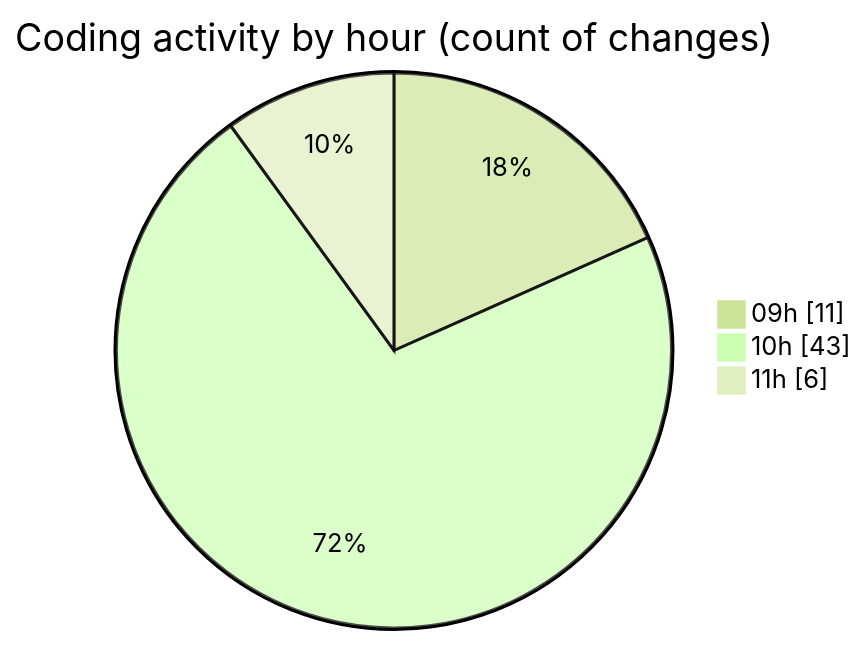
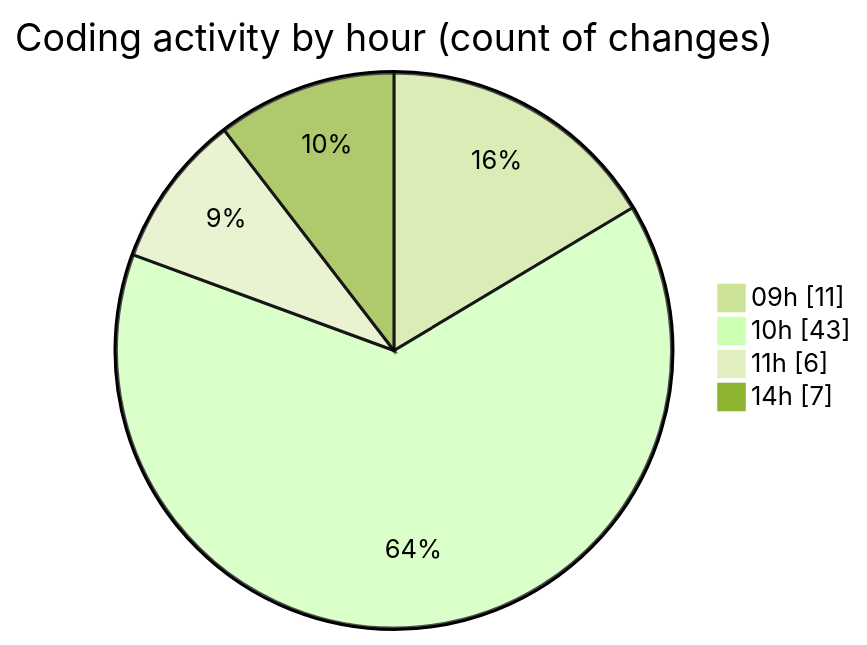
The second of 2 diagrams in 2025-05-27/ecodeli-1/README.md (CELIANVF/code-tracking), drawn with Mermaid (forest theme) before and after one commit. The commit also changed other lines of this file and 1 other file, not shown here.

````diff
--- a/2025-05-27/ecodeli-1/README.md
+++ b/2025-05-27/ecodeli-1/README.md
@@ -46,7 +50,8 @@
 ```mermaid
 pie showData
 title Coding activity by hour (count of changes)
 "09h" : 11
 "10h" : 43
 "11h" : 6
+"14h" : 7
 ```
````
